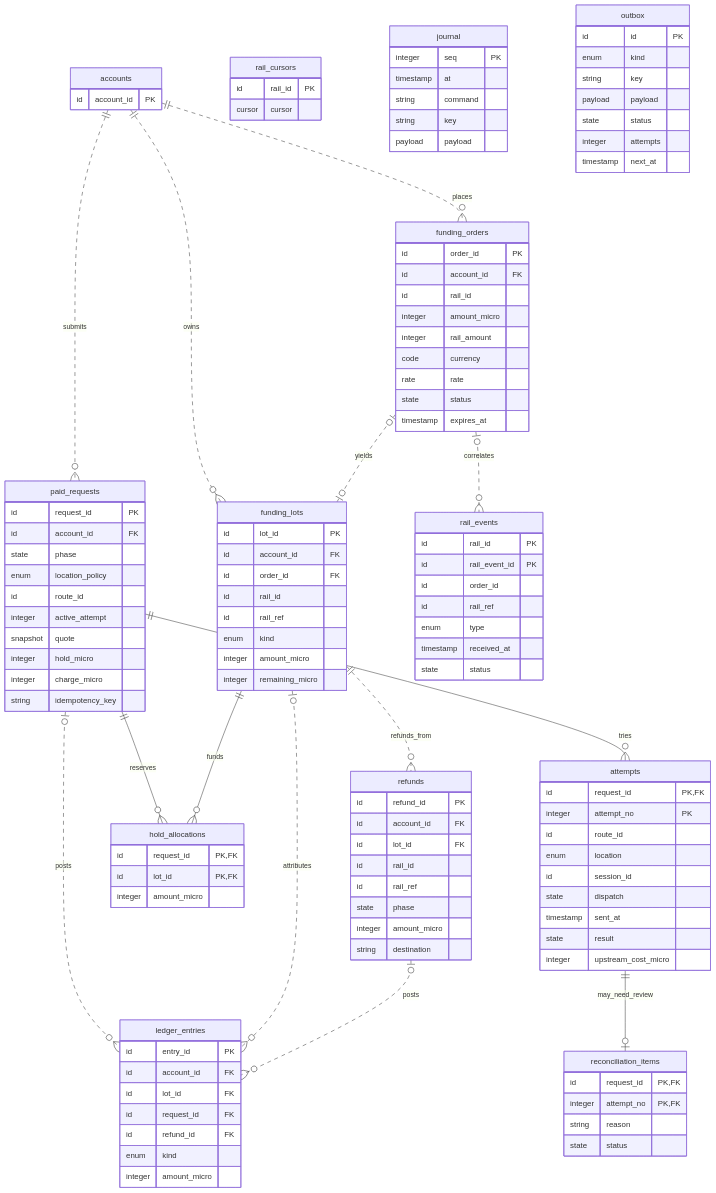
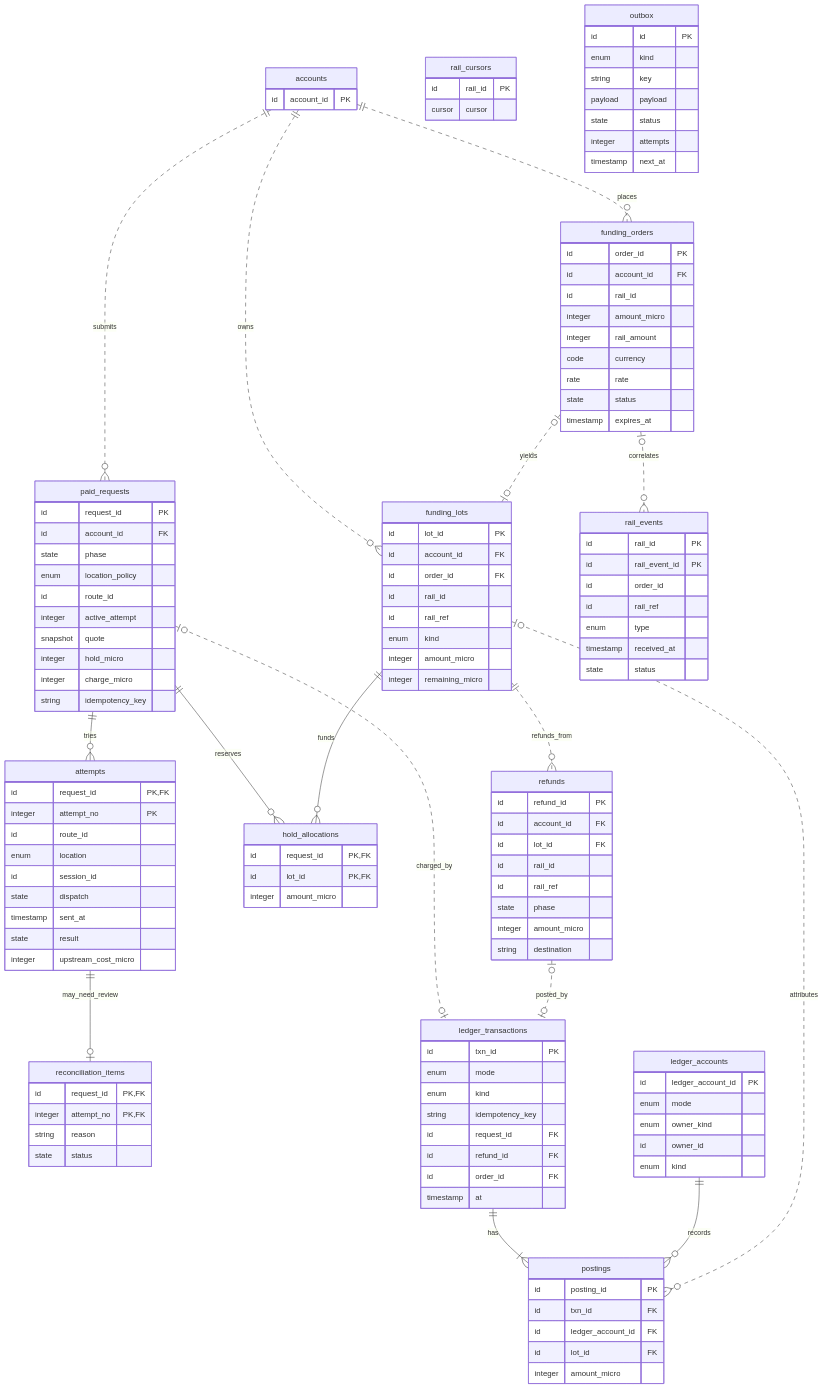
Before and after one commit to qzyu999/inference-exchange: the diagram in docs/design/paid-path-erd.md, drawn with Mermaid. The commit also changed other lines of this file and 14 other files, not shown here.

First line of the commit message:
docs(paid): slice 0 - PostgreSQL, postings ledger, modes, vendor/provider split (#333)

```diff
--- a/docs/design/paid-path-erd.md
+++ b/docs/design/paid-path-erd.md
@@ -18,9 +18,11 @@
     funding_lots ||--o{ hold_allocations : funds
     funding_lots ||..o{ refunds : refunds_from
     attempts ||--o| reconciliation_items : may_need_review
-    paid_requests |o..o{ ledger_entries : posts
-    funding_lots |o..o{ ledger_entries : attributes
-    refunds |o..o{ ledger_entries : posts
+    ledger_transactions ||--|{ postings : has
+    ledger_accounts ||--o{ postings : records
+    funding_lots |o..o{ postings : attributes
+    paid_requests |o..o| ledger_transactions : charged_by
+    refunds |o..o| ledger_transactions : posted_by
 
     accounts {
         id account_id PK
@@ -74,13 +76,28 @@
         id lot_id PK, FK
         integer amount_micro
     }
-    ledger_entries {
-        id entry_id PK
-        id account_id FK
-        id lot_id FK
+    ledger_accounts {
+        id ledger_account_id PK
+        enum mode
+        enum owner_kind
+        id owner_id
+        enum kind
+    }
+    ledger_transactions {
+        id txn_id PK
+        enum mode
+        enum kind
+        string idempotency_key
         id request_id FK
         id refund_id FK
-        enum kind
+        id order_id FK
+        timestamp at
+    }
+    postings {
+        id posting_id PK
+        id txn_id FK
+        id ledger_account_id FK
+        id lot_id FK
         integer amount_micro
     }
     refunds {
@@ -112,13 +129,6 @@
         string reason
         state status
     }
-    journal {
-        integer seq PK
-        timestamp at
-        string command
-        string key
-        payload payload
-    }
     outbox {
         id id PK
         enum kind
```
